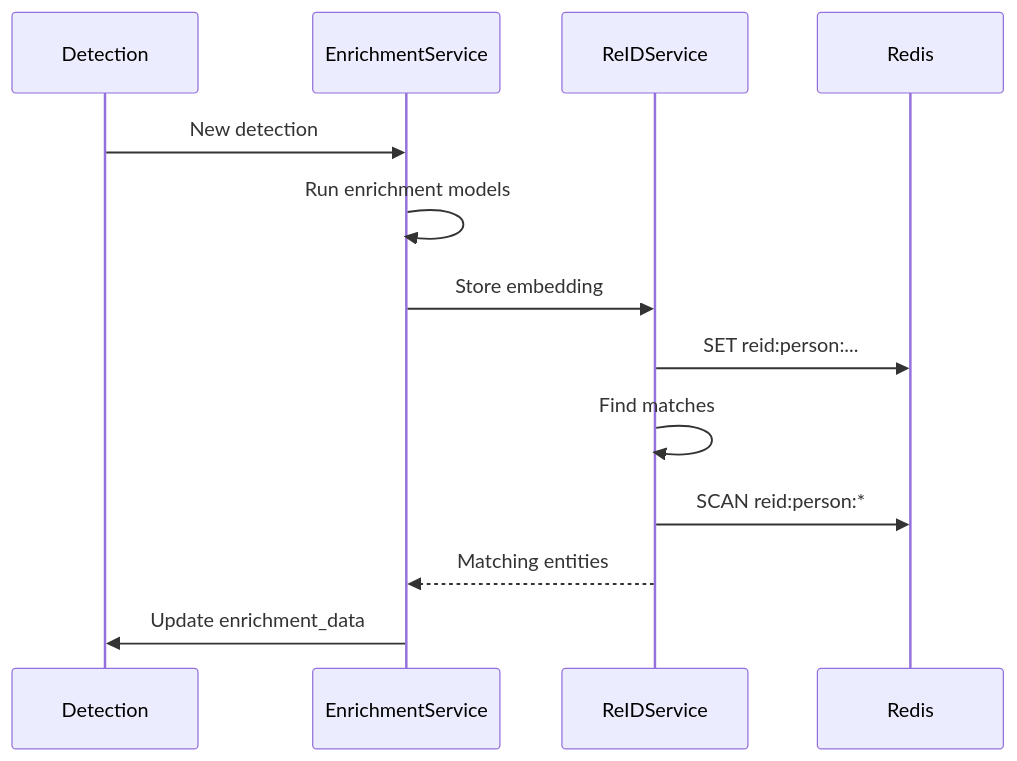
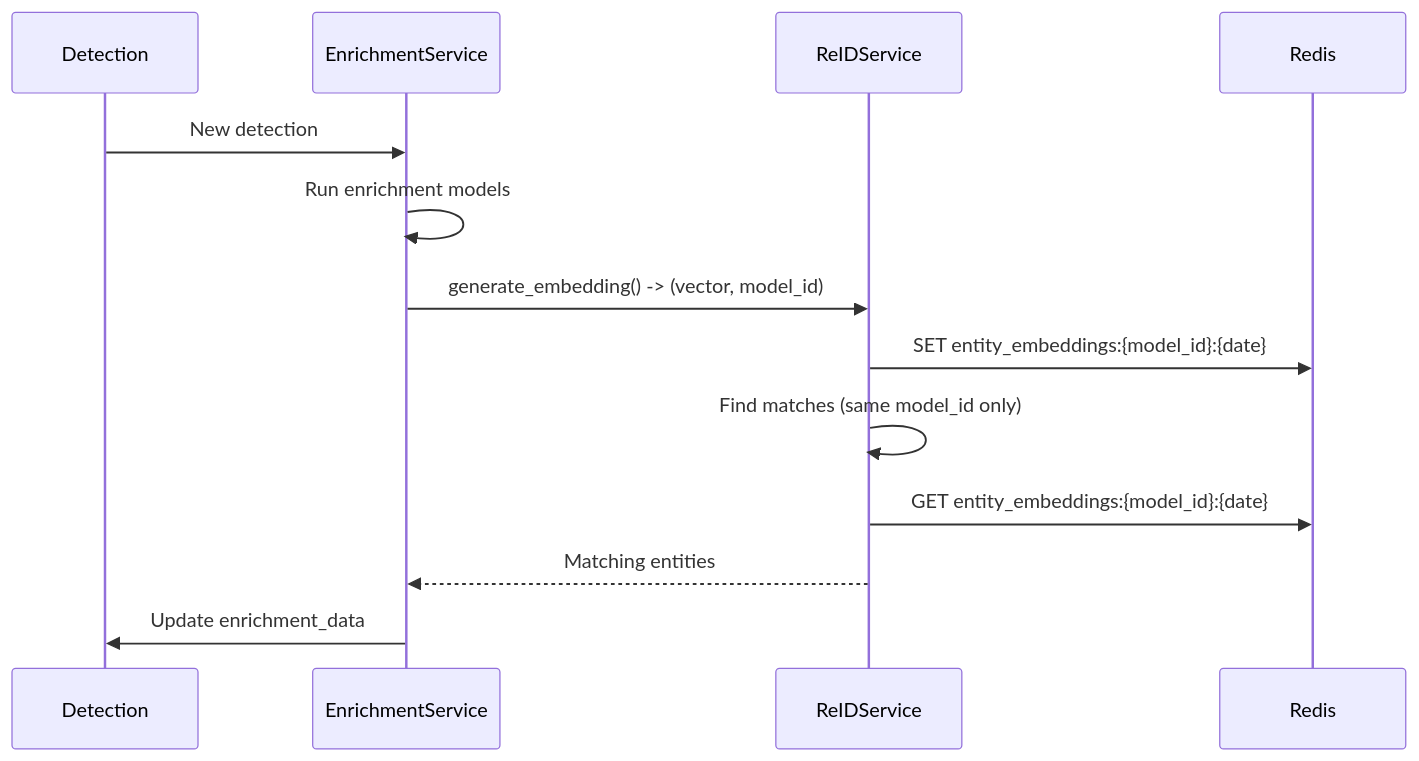
The third of 3 diagrams in docs/developer/entity-tracking.md (mikesvoboda/nemotron-v3-home-security-intelligence), drawn with Mermaid before and after one commit. The commit also changed other lines of this file and 65 other files, not shown here.

````diff
--- a/docs/developer/entity-tracking.md
+++ b/docs/developer/entity-tracking.md
@@ -433,16 +441,16 @@
 ```mermaid
 sequenceDiagram
     participant D as Detection
     participant E as EnrichmentService
     participant R as ReIDService
     participant Redis
 
     D->>E: New detection
     E->>E: Run enrichment models
-    E->>R: Store embedding
-    R->>Redis: SET reid:person:...
-    R->>R: Find matches
-    R->>Redis: SCAN reid:person:*
+    E->>R: generate_embedding() -> (vector, model_id)
+    R->>Redis: SET entity_embeddings:{model_id}:{date}
+    R->>R: Find matches (same model_id only)
+    R->>Redis: GET entity_embeddings:{model_id}:{date}
     R-->>E: Matching entities
     E->>D: Update enrichment_data
 ```
````
